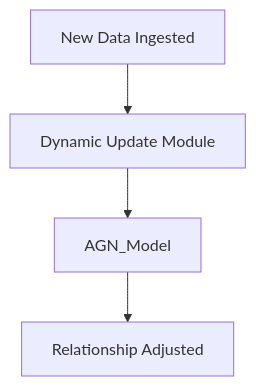
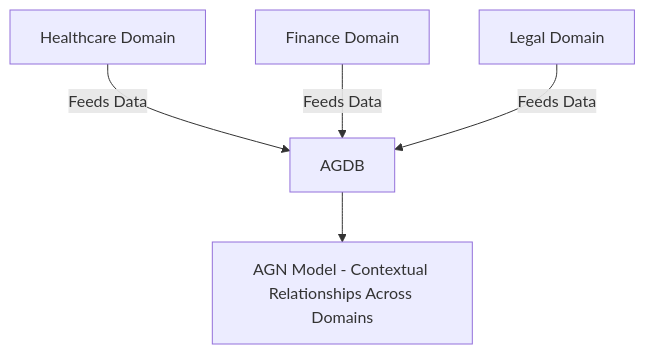
The third of 6 diagrams in 00_Whitepaper.md (TheGuyFromTheApprentice/ActiveGraphNetworks), drawn with Mermaid before and after one commit.

````diff
--- a/00_Whitepaper.md
+++ b/00_Whitepaper.md
@@ -58,6 +58,8 @@
 ```mermaid
 graph TD;
-    New_Data[New Data Ingested] --> Update_Module[Dynamic Update Module];
-    Update_Module --> AGN_Model;
-    AGN_Model --> Relationship_Change[Relationship Adjusted];
+    Healthcare[Healthcare Domain] -->|Feeds Data| AGDB;
+    Finance[Finance Domain] -->|Feeds Data| AGDB;
+    Legal[Legal Domain] -->|Feeds Data| AGDB;
+    AGDB --> AGN_Model[AGN Model - Contextual Relationships Across Domains];
+
 ```
````
